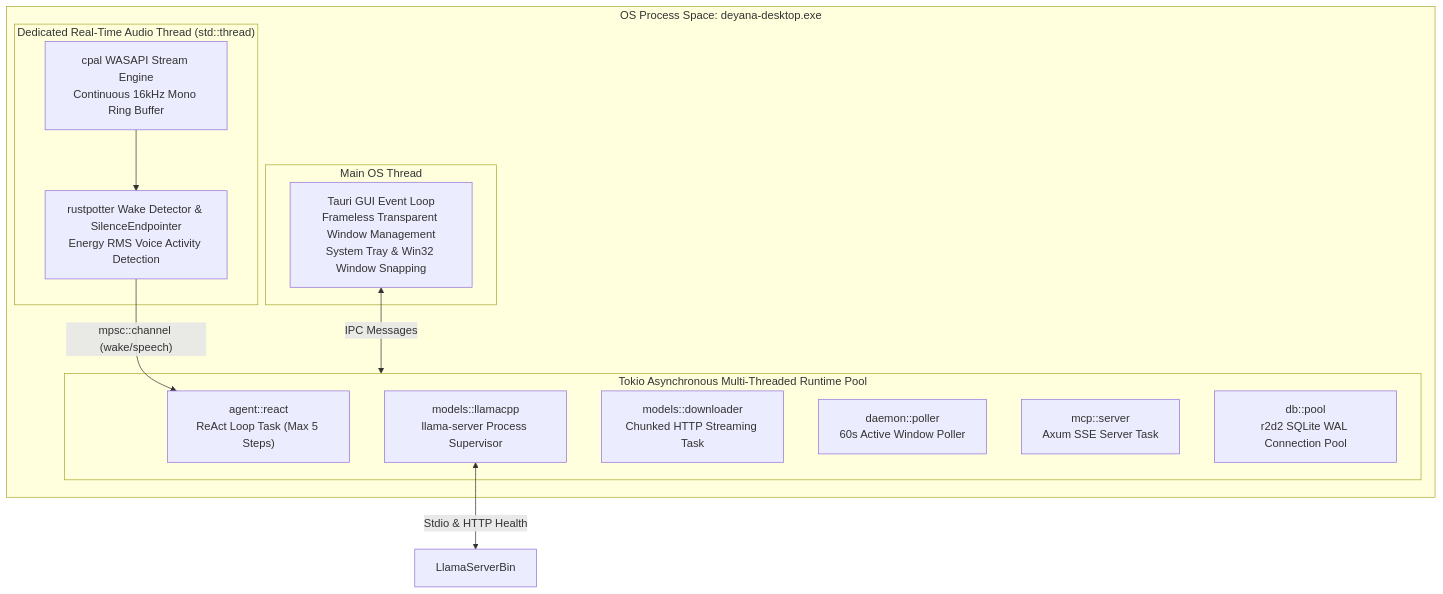
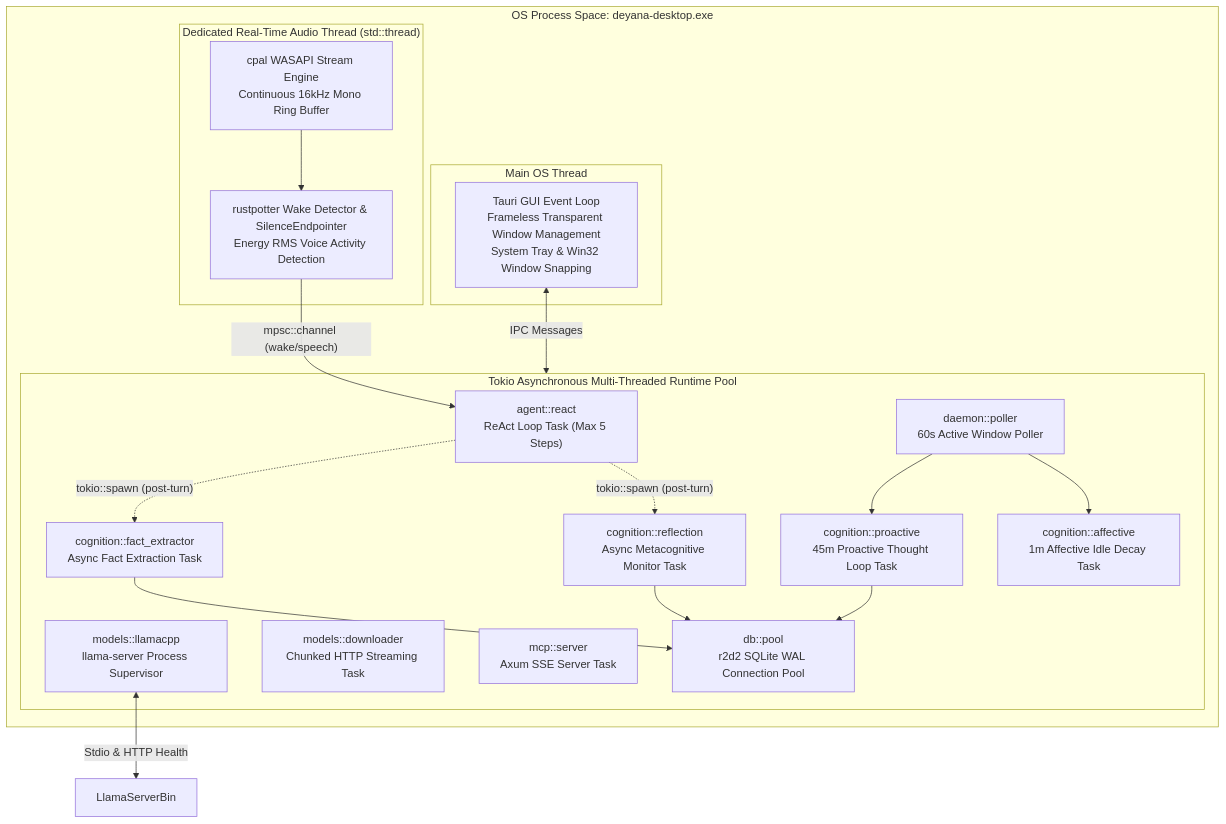
The second of 9 diagrams in ARCHITECTURE.md (vkshdev/deyana), drawn with Mermaid before and after one commit. The commit also changed other lines of this file and 1 other file, not shown here.

Commit message:
Update architecture and README with cognitive features and memory graph

````diff
--- a/ARCHITECTURE.md
+++ b/ARCHITECTURE.md
@@ -94,27 +115,38 @@
 ```mermaid
 flowchart TD
     subgraph Process["OS Process Space: deyana-desktop.exe"]
         subgraph MainThread["Main OS Thread"]
             WinMain["Tauri GUI Event Loop<br/>Frameless Transparent Window Management<br/>System Tray & Win32 Window Snapping"]
         end
 
         subgraph AudioThread["Dedicated Real-Time Audio Thread (std::thread)"]
             WASAPI["cpal WASAPI Stream Engine<br/>Continuous 16kHz Mono Ring Buffer"]
             VAD["rustpotter Wake Detector & SilenceEndpointer<br/>Energy RMS Voice Activity Detection"]
             WASAPI --> VAD
         end
 
         subgraph TokioPool["Tokio Asynchronous Multi-Threaded Runtime Pool"]
             ReActTask["agent::react<br/>ReAct Loop Task (Max 5 Steps)"]
+            FactExtractTask["cognition::fact_extractor<br/>Async Fact Extraction Task"]
+            MetaTask["cognition::reflection<br/>Async Metacognitive Monitor Task"]
+            ProactiveTask["cognition::proactive<br/>45m Proactive Thought Loop Task"]
+            IdleDecayTask["cognition::affective<br/>1m Affective Idle Decay Task"]
             LlamaSupervisor["models::llamacpp<br/>llama-server Process Supervisor"]
             HFDownloader["models::downloader<br/>Chunked HTTP Streaming Task"]
             DaemonTask["daemon::poller<br/>60s Active Window Poller"]
             McpAxum["mcp::server<br/>Axum SSE Server Task"]
             DBPool["db::pool<br/>r2d2 SQLite WAL Connection Pool"]
         end
     end
 
     WinMain <-->|"IPC Messages"| TokioPool
     VAD -->|"mpsc::channel (wake/speech)"| ReActTask
     LlamaSupervisor <-->|"Stdio & HTTP Health"| LlamaServerBin
+    ReActTask -.->|"tokio::spawn (post-turn)"| FactExtractTask
+    ReActTask -.->|"tokio::spawn (post-turn)"| MetaTask
+    DaemonTask --> ProactiveTask
+    DaemonTask --> IdleDecayTask
+    FactExtractTask --> DBPool
+    MetaTask --> DBPool
+    ProactiveTask --> DBPool
 ```
````
